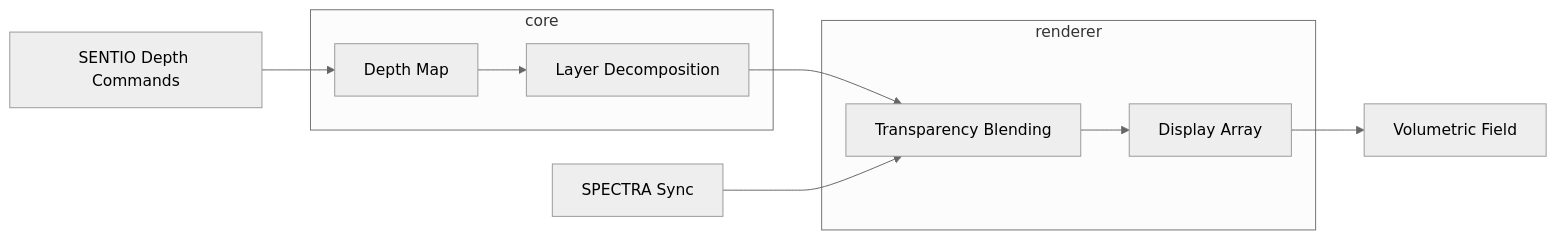
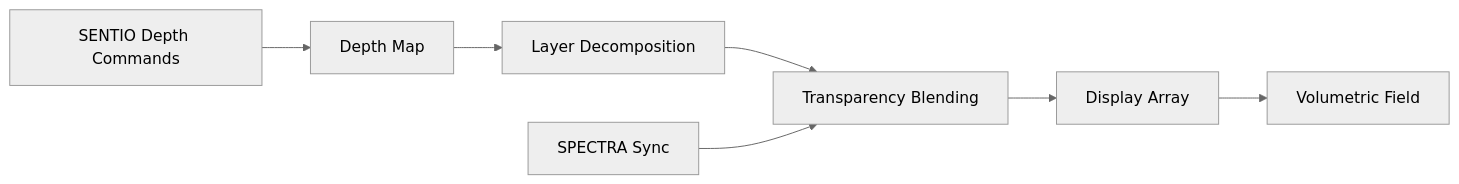
Before and after one commit to sylvain-cinema/stratum: the diagram in README.md, drawn with Mermaid (neutral theme). The commit also changed other lines of this file, not shown here.

````diff
--- a/README.md
+++ b/README.md
@@ -40,20 +52,10 @@
 ```mermaid
 graph LR
     A[Depth Map] --> B[Layer Decomposition]
     B --> C[Transparency Blending]
     C --> D[Display Array]
     D --> E[Volumetric Field]
 
     F[SPECTRA Sync] --> C
     G[SENTIO Depth Commands] --> A
-
-    subgraph core
-        A
-        B
-    end
-
-    subgraph renderer
-        C
-        D
-    end
 ```
````
